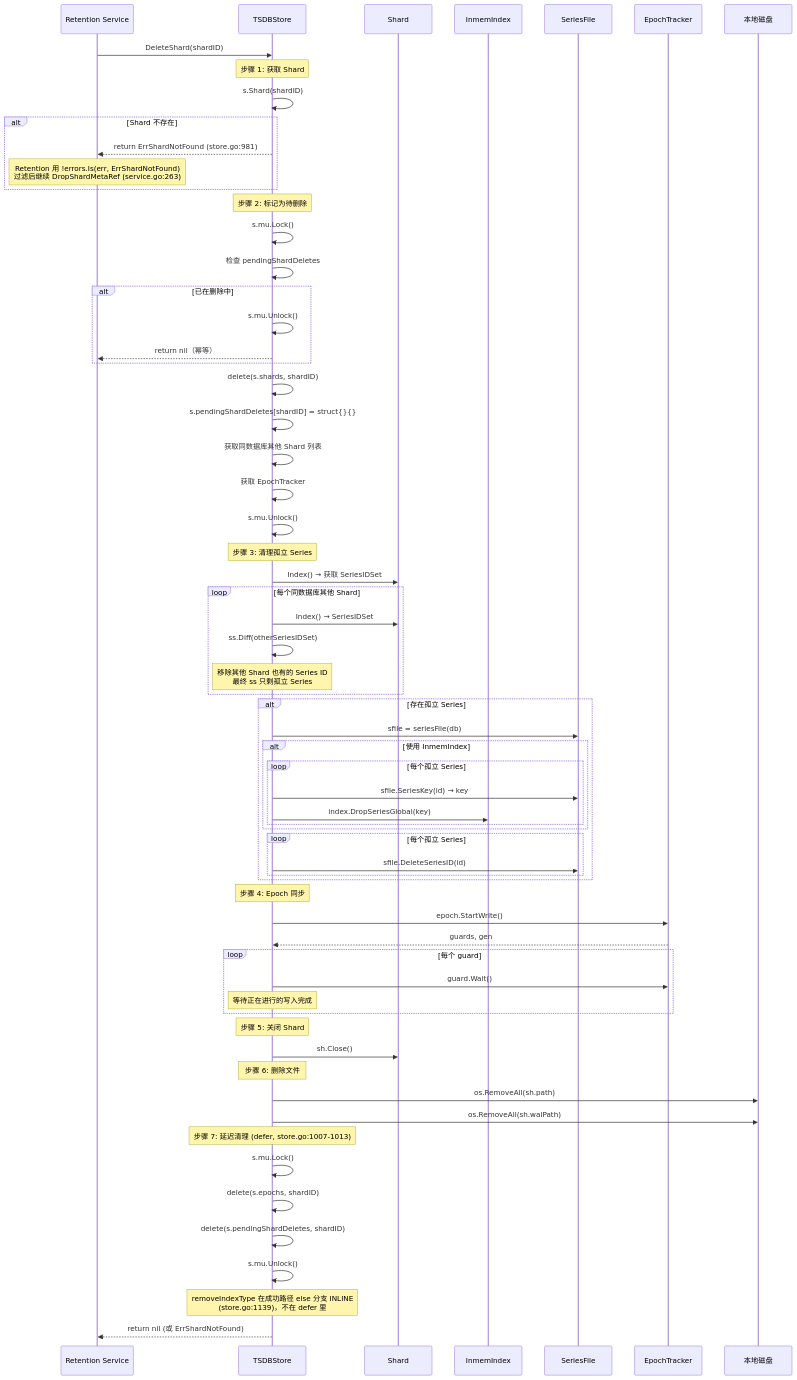
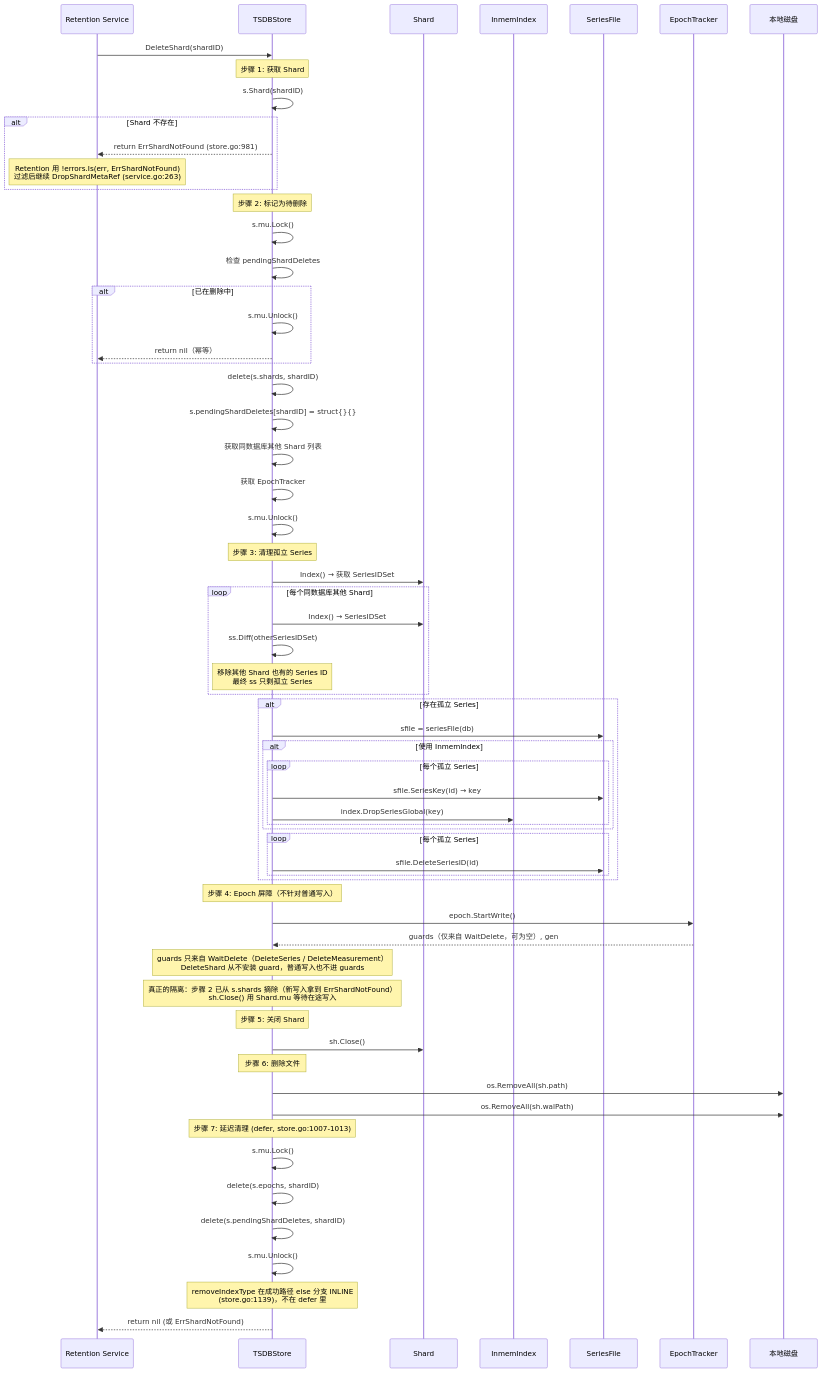
One commit to stefanv5/influxdb changed the seventh of 17 diagrams in docs/specs/12_background_services_spec.md. Above: the diagram before and after it, drawn with Mermaid. The commit also changed other lines of this file and 16 other files, not shown here.

First line of the commit message:
docs: correct and deepen the 17 architecture specs

````diff
--- a/docs/specs/12_background_services_spec.md
+++ b/docs/specs/12_background_services_spec.md
@@ -505,77 +727,75 @@
 ```mermaid
 sequenceDiagram
     participant Caller as Retention Service
     participant Store as TSDBStore
     participant Shard as Shard
     participant Index as InmemIndex
     participant SFile as SeriesFile
     participant Epoch as EpochTracker
     participant Disk as 本地磁盘
 
     Caller->>Store: DeleteShard(shardID)
 
     Note over Store: 步骤 1: 获取 Shard
     Store->>Store: s.Shard(shardID)
     alt Shard 不存在
         Store-->>Caller: return ErrShardNotFound (store.go:981)
         Note over Caller: Retention 用 !errors.Is(err, ErrShardNotFound)<br/>过滤后继续 DropShardMetaRef (service.go:263)
     end
 
     Note over Store: 步骤 2: 标记为待删除
     Store->>Store: s.mu.Lock()
     Store->>Store: 检查 pendingShardDeletes
     alt 已在删除中
         Store->>Store: s.mu.Unlock()
         Store-->>Caller: return nil（幂等）
     end
     Store->>Store: delete(s.shards, shardID)
     Store->>Store: s.pendingShardDeletes[shardID] = struct{}{}
     Store->>Store: 获取同数据库其他 Shard 列表
     Store->>Store: 获取 EpochTracker
     Store->>Store: s.mu.Unlock()
 
     Note over Store: 步骤 3: 清理孤立 Series
     Store->>Shard: Index() → 获取 SeriesIDSet
     loop 每个同数据库其他 Shard
         Store->>Shard: Index() → SeriesIDSet
         Store->>Store: ss.Diff(otherSeriesIDSet)
         Note over Store: 移除其他 Shard 也有的 Series ID<br/>最终 ss 只剩孤立 Series
     end
 
     alt 存在孤立 Series
         Store->>SFile: sfile = seriesFile(db)
         alt 使用 InmemIndex
             loop 每个孤立 Series
                 Store->>SFile: sfile.SeriesKey(id) → key
                 Store->>Index: index.DropSeriesGlobal(key)
             end
         end
         loop 每个孤立 Series
             Store->>SFile: sfile.DeleteSeriesID(id)
         end
     end
 
-    Note over Store: 步骤 4: Epoch 同步
+    Note over Store: 步骤 4: Epoch 屏障（不针对普通写入）
     Store->>Epoch: epoch.StartWrite()
-    Epoch-->>Store: guards, gen
-    loop 每个 guard
-        Store->>Epoch: guard.Wait()
-        Note over Store: 等待正在进行的写入完成
-    end
+    Epoch-->>Store: guards（仅来自 WaitDelete，可为空）, gen
+    Note over Store: guards 只来自 WaitDelete（DeleteSeries / DeleteMeasurement）<br>DeleteShard 从不安装 guard，普通写入也不进 guards
+    Note over Store: 真正的隔离：步骤 2 已从 s.shards 摘除（新写入拿到 ErrShardNotFound）<br>sh.Close() 用 Shard.mu 等待在途写入
 
     Note over Store: 步骤 5: 关闭 Shard
     Store->>Shard: sh.Close()
 
     Note over Store: 步骤 6: 删除文件
     Store->>Disk: os.RemoveAll(sh.path)
     Store->>Disk: os.RemoveAll(sh.walPath)
 
     Note over Store: 步骤 7: 延迟清理 (defer, store.go:1007-1013)
     Store->>Store: s.mu.Lock()
     Store->>Store: delete(s.epochs, shardID)
     Store->>Store: delete(s.pendingShardDeletes, shardID)
     Store->>Store: s.mu.Unlock()
     Note over Store: removeIndexType 在成功路径 else 分支 INLINE<br/>(store.go:1139)，不在 defer 里
 
     Store-->>Caller: return nil (或 ErrShardNotFound)
 ```
````
